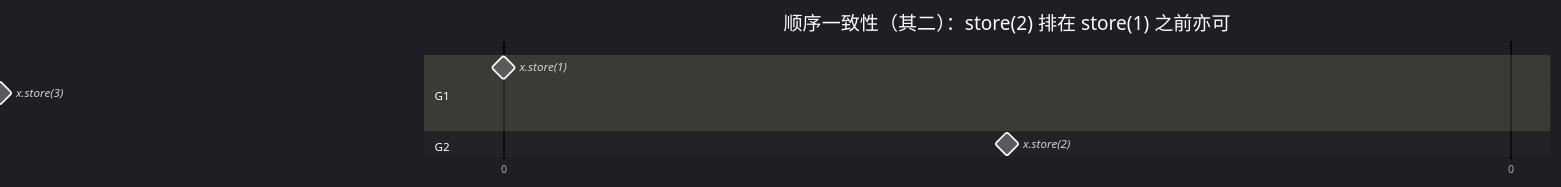
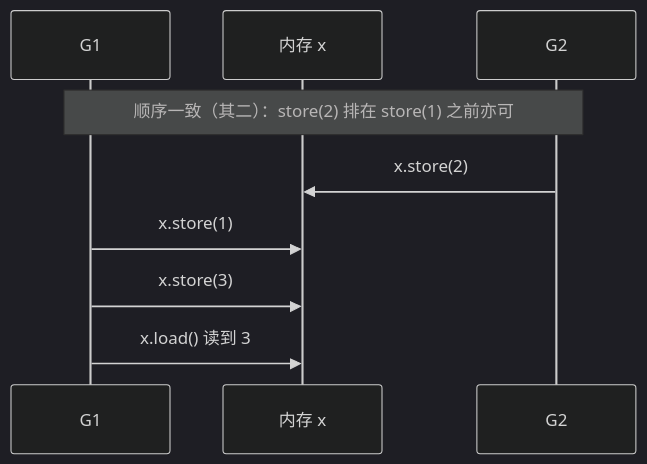
The fourth of 11 diagrams in book/zh-cn/part1basic/ch05sync/mem.md (golang-design/under-the-hood), drawn with Mermaid (dark theme) before and after one commit. The commit also changed other lines of this file and 1 other file, not shown here.

First line of the commit message:
book: replace gantt timing diagrams with sequence diagrams

````diff
--- a/book/zh-cn/part1basic/ch05sync/mem.md
+++ b/book/zh-cn/part1basic/ch05sync/mem.md
@@ -134,12 +132,11 @@
 ```mermaid
-gantt
-    title 顺序一致性（其二）：store(2) 排在 store(1) 之前亦可
-    dateFormat X
-    axisFormat %s
-    section G1
-    x.store(1)      :milestone, 2, 0
-    x.store(3)      :milestone, 3, 0
-    x.load() 读到 3 :milestone, 5, 0
-    section G2
-    x.store(2)      :milestone, 1, 0
+sequenceDiagram
+    participant G1
+    participant X as 内存 x
+    participant G2
+    Note over G1,G2: 顺序一致（其二）：store(2) 排在 store(1) 之前亦可
+    G2->>X: x.store(2)
+    G1->>X: x.store(1)
+    G1->>X: x.store(3)
+    G1->>X: x.load() 读到 3
 ```
````
